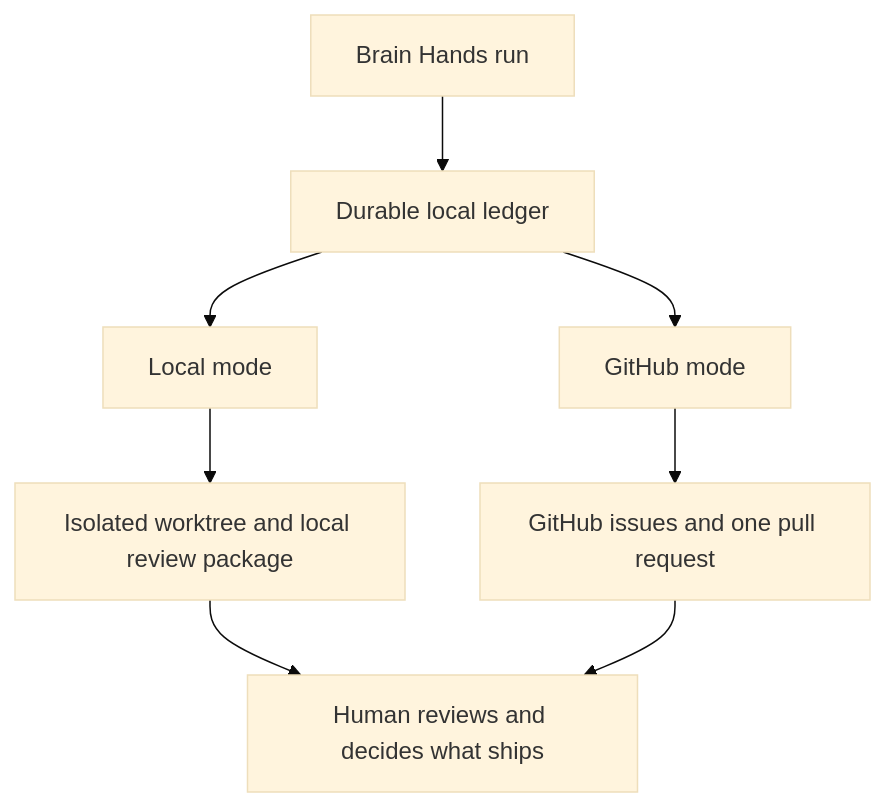
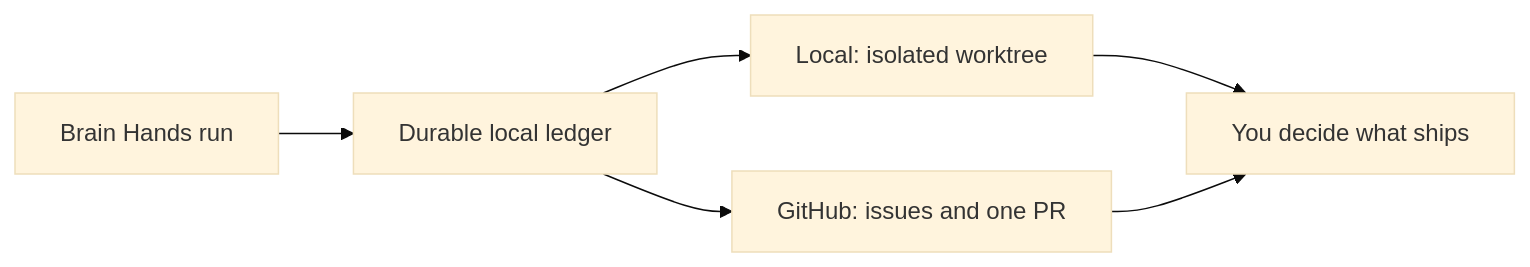
Before and after one commit to ngelik/brain-hands: the third of 3 diagrams in README.md, drawn with Mermaid (base theme). The commit also changed other lines of this file, not shown here.

````diff
--- a/README.md
+++ b/README.md
@@ -147,10 +104,8 @@
 ```mermaid
-flowchart TD
-    A["Brain Hands run"] --> B["Durable local ledger"]
-    B --> C["Local mode"]
-    B --> D["GitHub mode"]
-    C --> E["Isolated worktree and local review package"]
-    D --> F["GitHub issues and one pull request"]
-    E --> G["Human reviews and decides what ships"]
-    F --> G
+flowchart LR
+    A["Brain Hands run"] --> L["Durable local ledger"]
+    L --> B["Local: isolated worktree"]
+    L --> C["GitHub: issues and one PR"]
+    B --> D["You decide what ships"]
+    C --> D
 ```
````
